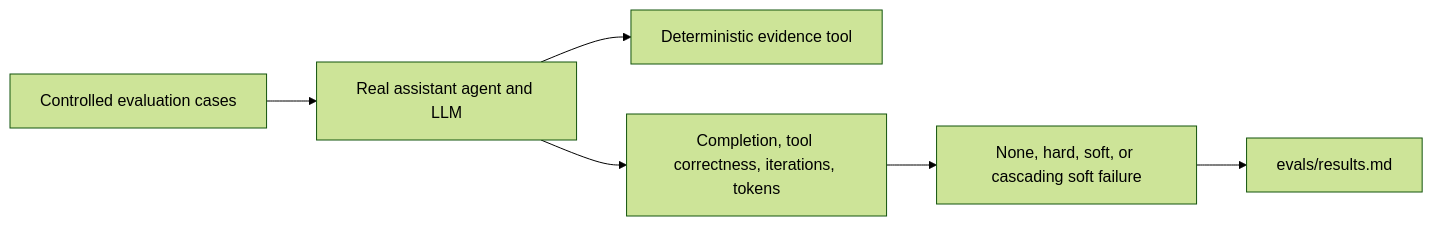
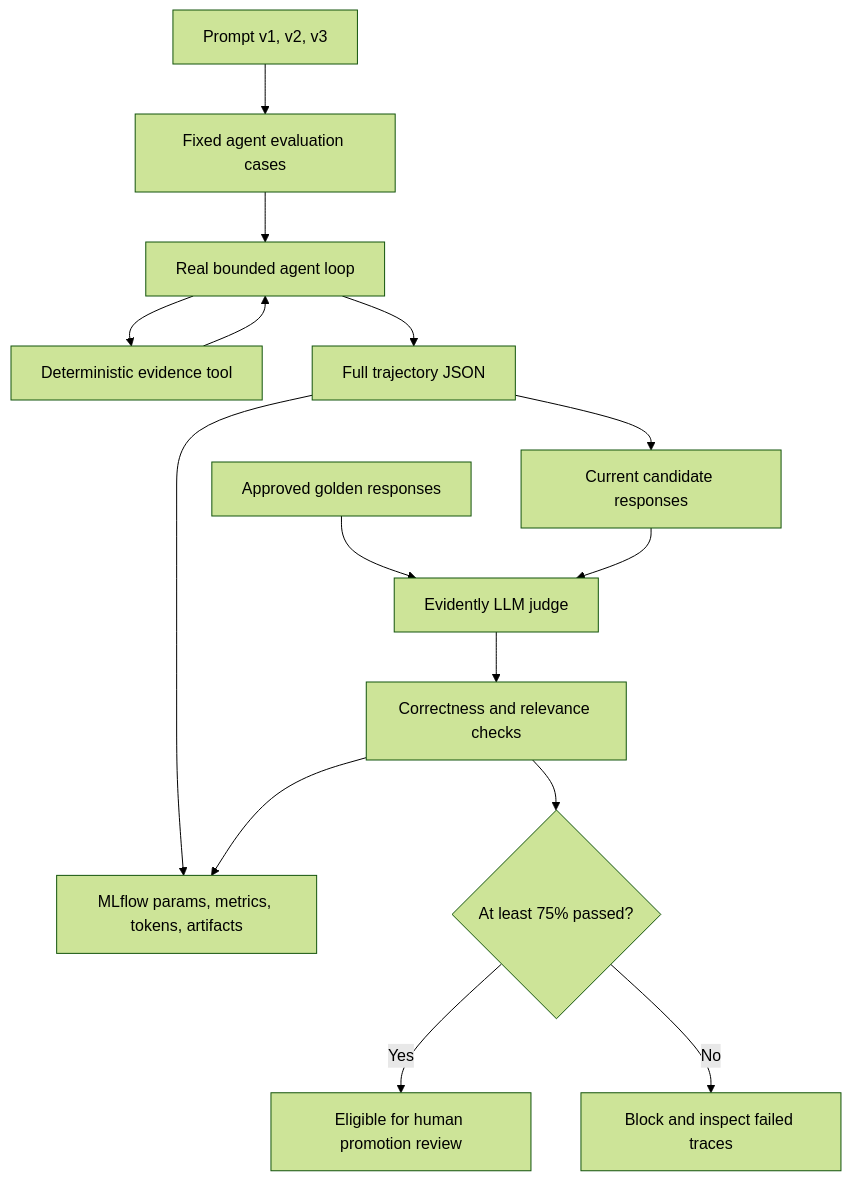
One commit to ManishJoc14/Fusemachines changed the fourth of 4 diagrams in week15-engineering-ai-systems/task1-ai-assistant-backend/docs/architecture.md. Above: the diagram before and after it, drawn with Mermaid (forest theme). The commit also changed other lines of this file and 26 other files, not shown here.

Commit message:
docs(agent-mlops): publish Track B experiment results

````diff
--- a/week15-engineering-ai-systems/task1-ai-assistant-backend/docs/architecture.md
+++ b/week15-engineering-ai-systems/task1-ai-assistant-backend/docs/architecture.md
@@ -70,8 +70,17 @@
 ```mermaid
-flowchart LR
-  Cases["Controlled evaluation cases"] --> Agent["Real assistant agent and LLM"]
-  Agent --> Fixture["Deterministic evidence tool"]
-  Agent --> Metrics["Completion, tool correctness, iterations, tokens"]
-  Metrics --> Taxonomy["None, hard, soft, or cascading soft failure"]
-  Taxonomy --> Report["evals/results.md"]
+flowchart TD
+  Versions["Prompt v1, v2, v3"] --> Harness["Fixed agent evaluation cases"]
+  Harness --> Loop["Real bounded agent loop"]
+  Loop --> Evidence["Deterministic evidence tool"]
+  Evidence --> Loop
+  Loop --> Traces["Full trajectory JSON"]
+  Traces --> MLflow["MLflow params, metrics, tokens, artifacts"]
+  Traces --> Current["Current candidate responses"]
+  Golden["Approved golden responses"] --> Judge["Evidently LLM judge"]
+  Current --> Judge
+  Judge --> Checks["Correctness and relevance checks"]
+  Checks --> Gate{"At least 75% passed?"}
+  Gate -->|"Yes"| Review["Eligible for human promotion review"]
+  Gate -->|"No"| Block["Block and inspect failed traces"]
+  Checks --> MLflow
 ```
````
